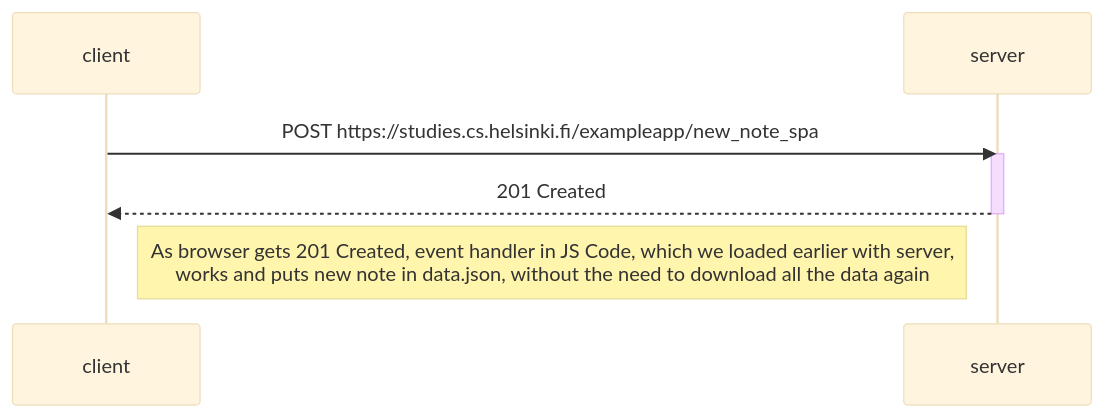
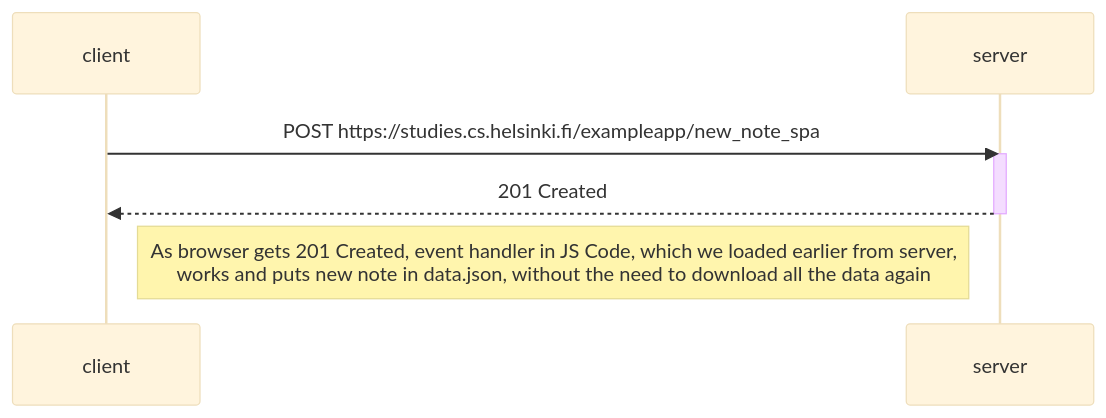
Before and after one commit to pupapidkakol/fullstackopen-homework: the diagram in part0/spa_new_note.md, drawn with Mermaid (base theme).

````diff
--- a/part0/spa_new_note.md
+++ b/part0/spa_new_note.md
@@ -1,11 +1,11 @@
 ```mermaid
     sequenceDiagram
         participant client
         participant server
 
         client ->> server: POST https://studies.cs.helsinki.fi/exampleapp/new_note_spa
         activate server
         server -->> client: 201 Created
         deactivate server
-        Note right of client: As browser gets 201 Created, event handler in JS Code, which we loaded earlier with server,<br/> works and puts new note in data.json, without the need to download all the data again
+        Note right of client: As browser gets 201 Created, event handler in JS Code, which we loaded earlier from server,<br/> works and puts new note in data.json, without the need to download all the data again
 ```
````
